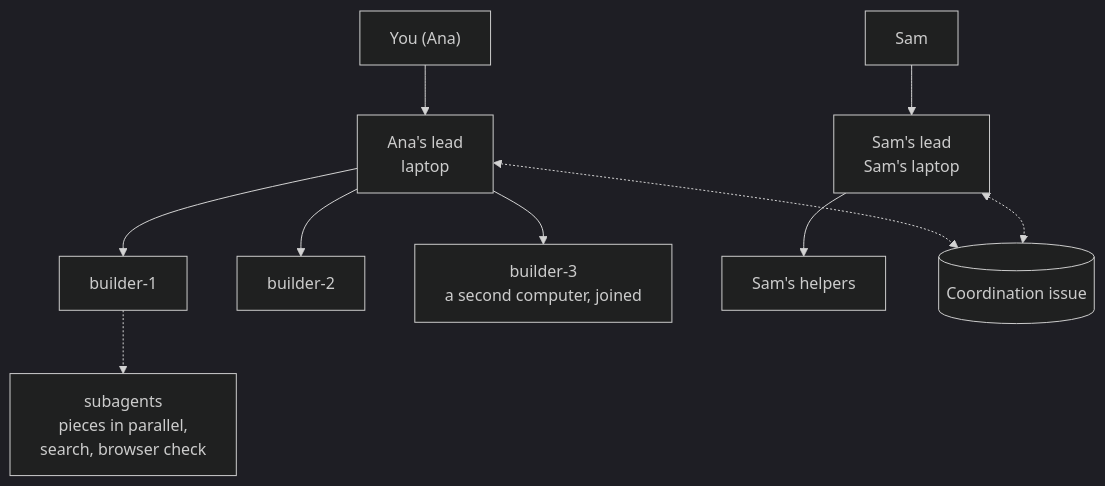
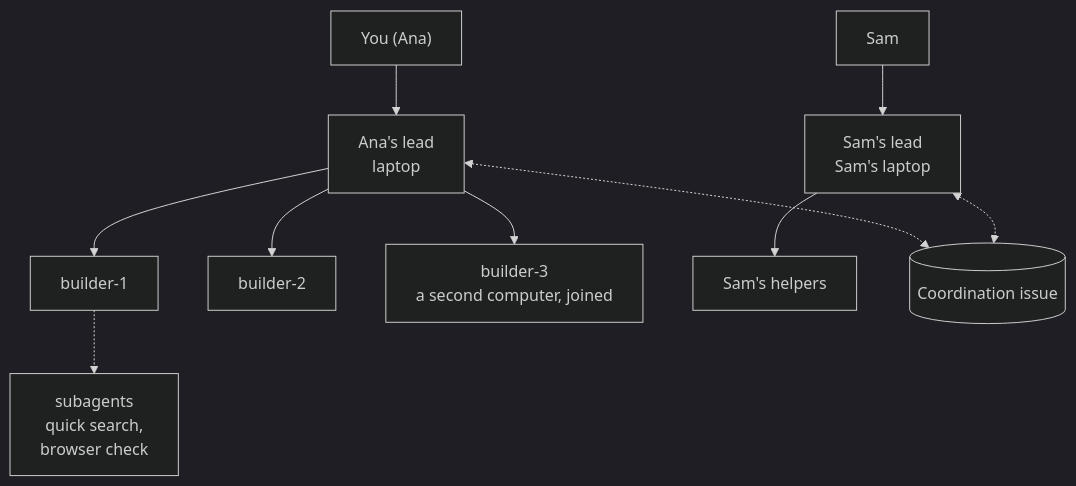
One commit to puffin-ai/puffin-colony changed the first of 7 diagrams in docs/overview.md. Above: the diagram before and after it, drawn with Mermaid (dark theme). The commit also changed other lines of this file and 15 other files, not shown here.

````diff
--- a/docs/overview.md
+++ b/docs/overview.md
@@ -22,10 +22,10 @@
 ```mermaid
 flowchart TB
   A["You (Ana)"] --> L1["Ana's lead<br/>laptop"]
   S["Sam"] --> L2["Sam's lead<br/>Sam's laptop"]
   L1 --> H1["builder-1"] & H2["builder-2"]
   L1 --> H3["builder-3<br/>a second computer, joined"]
   L2 --> H4["Sam's helpers"]
-  H1 -.-> SA["subagents<br/>pieces in parallel,<br/>search, browser check"]
+  H1 -.-> SA["subagents<br/>quick search,<br/>browser check"]
   L1 & L2 <-.-> C[("Coordination issue")]
 ```
````
